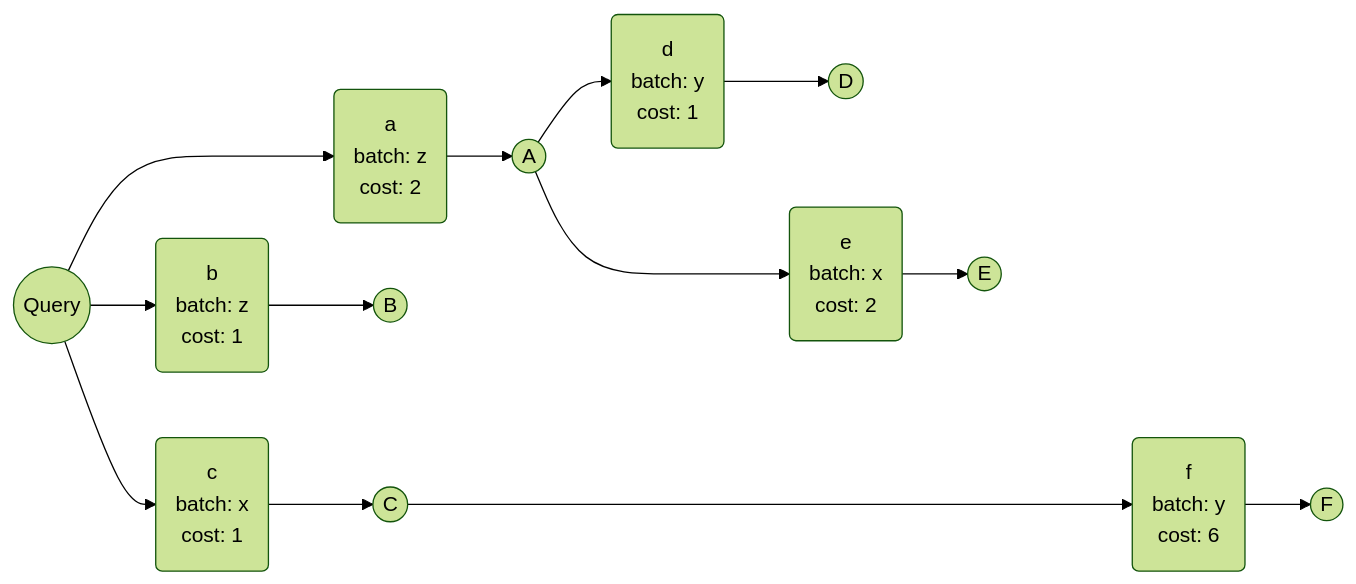
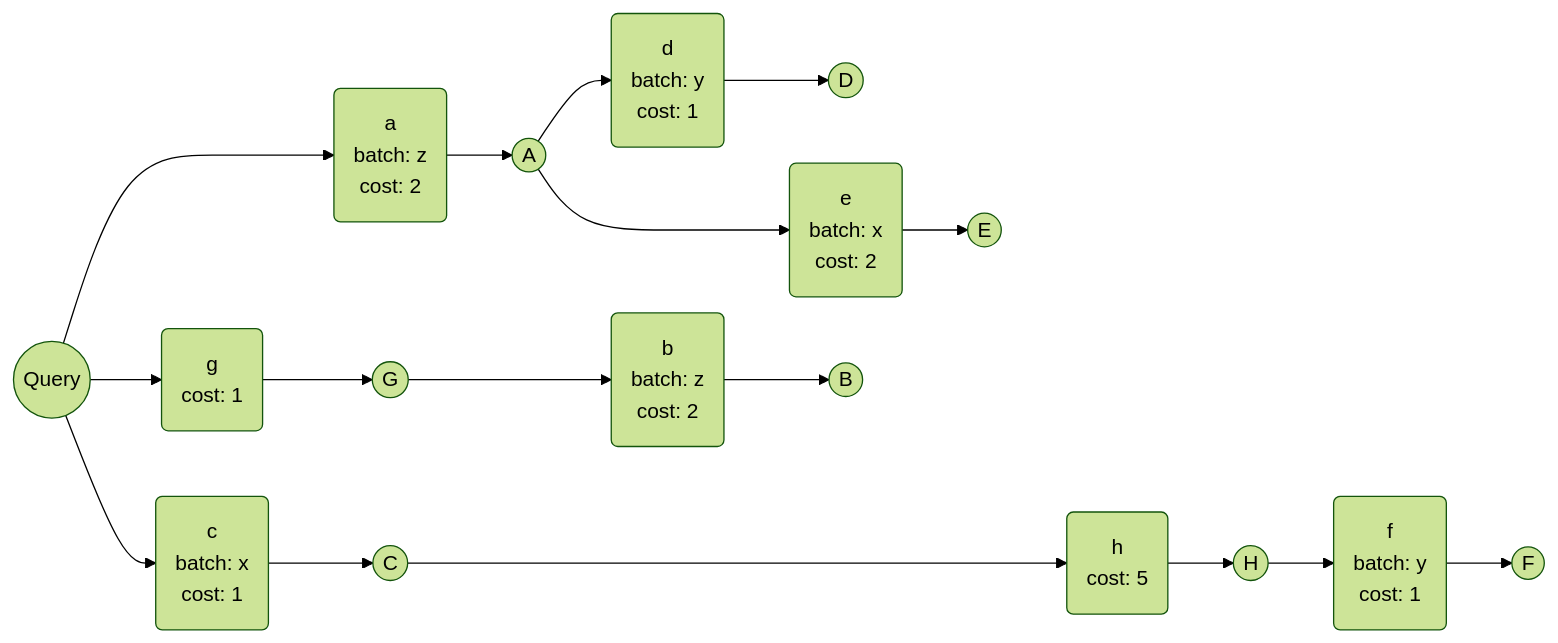
One commit to ValdemarGr/gql changed the first of 9 diagrams in docs/execution/planning.md. Above: the diagram before and after it, drawn with Mermaid (forest theme). The commit also changed other lines of this file and 2 other files, not shown here.

Commit message:
more ducks

````diff
--- a/docs/execution/planning.md
+++ b/docs/execution/planning.md
@@ -35,20 +35,26 @@
 ```mermaid
 flowchart LR
     Query((Query)) ---> a(a<br/>batch: z<br/>cost: 2)
     a --> A((A))
 
       A --> d(d<br/>batch: y<br/>cost: 1)
       d --> D((D))
 
       A ---> e(e<br/>batch: x<br/>cost: 2)
       e --> E((E))
 
-    Query --> b(b<br/>batch: z<br/>cost: 1)
-    b --> B((B))
+    Query --> g(g<br/>cost: 1)
+    g --> G((G))
+    
+      G ---> b(b<br/>batch: z<br/>cost: 2)
+      b --> B((B))
 
     Query --> c(c<br/>batch: x<br/>cost: 1)
     c --> C((C))
+    
+      C ------> h(h<br/>cost: 5)
+      h --> H((H))
 
-      C -------> f(f<br/>batch: y<br/>cost: 6)
+      H --> f(f<br/>batch: y<br/>cost: 1)
       f --> F((F))
 ```
````
